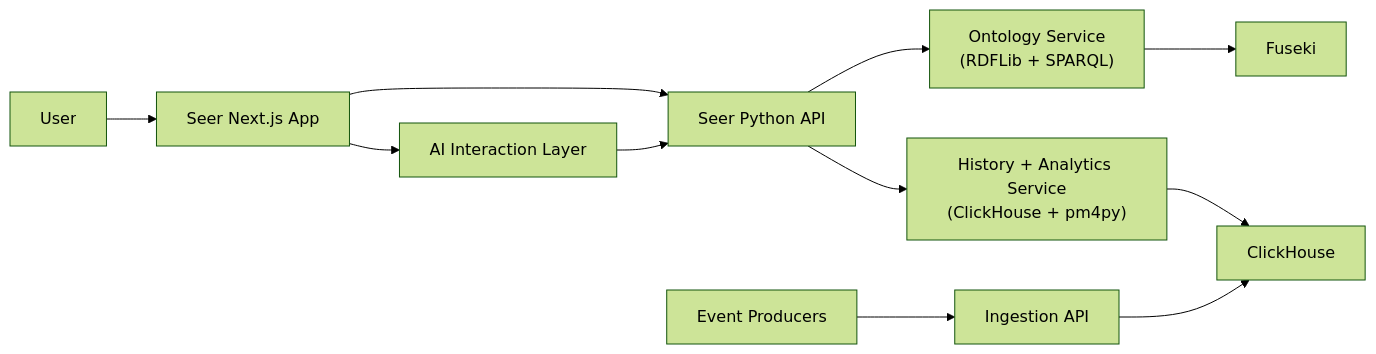
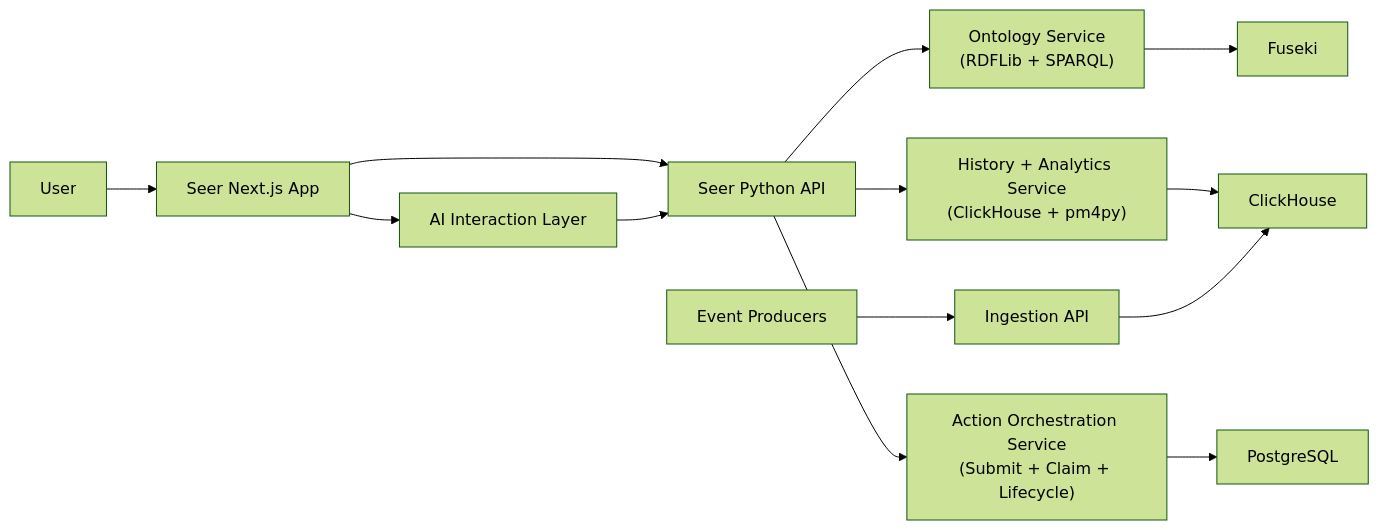
One commit to Chainso/the-seer changed the diagram in VISION.md. Above: the diagram before and after it, drawn with Mermaid (forest theme). The commit also changed other lines of this file and 8 other files, not shown here.

First line of the commit message:
Finalize action orchestration docs and archive plan

````diff
--- a/VISION.md
+++ b/VISION.md
@@ -58,16 +60,18 @@
 ```mermaid
 flowchart LR
   U["User"] --> FE["Seer Next.js App"]
   FE --> API["Seer Python API"]
   FE --> AI["AI Interaction Layer"]
   AI --> API
 
   API --> ONT["Ontology Service\n(RDFLib + SPARQL)"]
   API --> HIS["History + Analytics Service\n(ClickHouse + pm4py)"]
+  API --> ACT["Action Orchestration Service\n(Submit + Claim + Lifecycle)"]
 
   ONT --> FUSEKI["Fuseki"]
   HIS --> CH["ClickHouse"]
+  ACT --> PG["PostgreSQL"]
 
   EXT["Event Producers"] --> ING["Ingestion API"]
   ING --> CH
 ```
````
